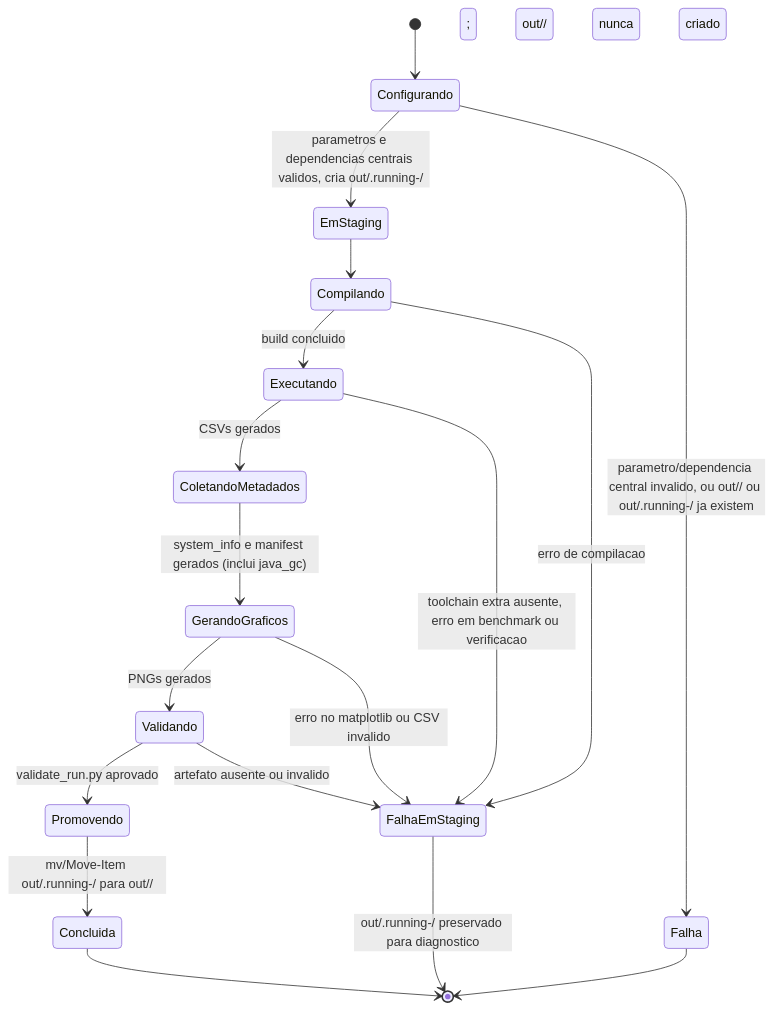
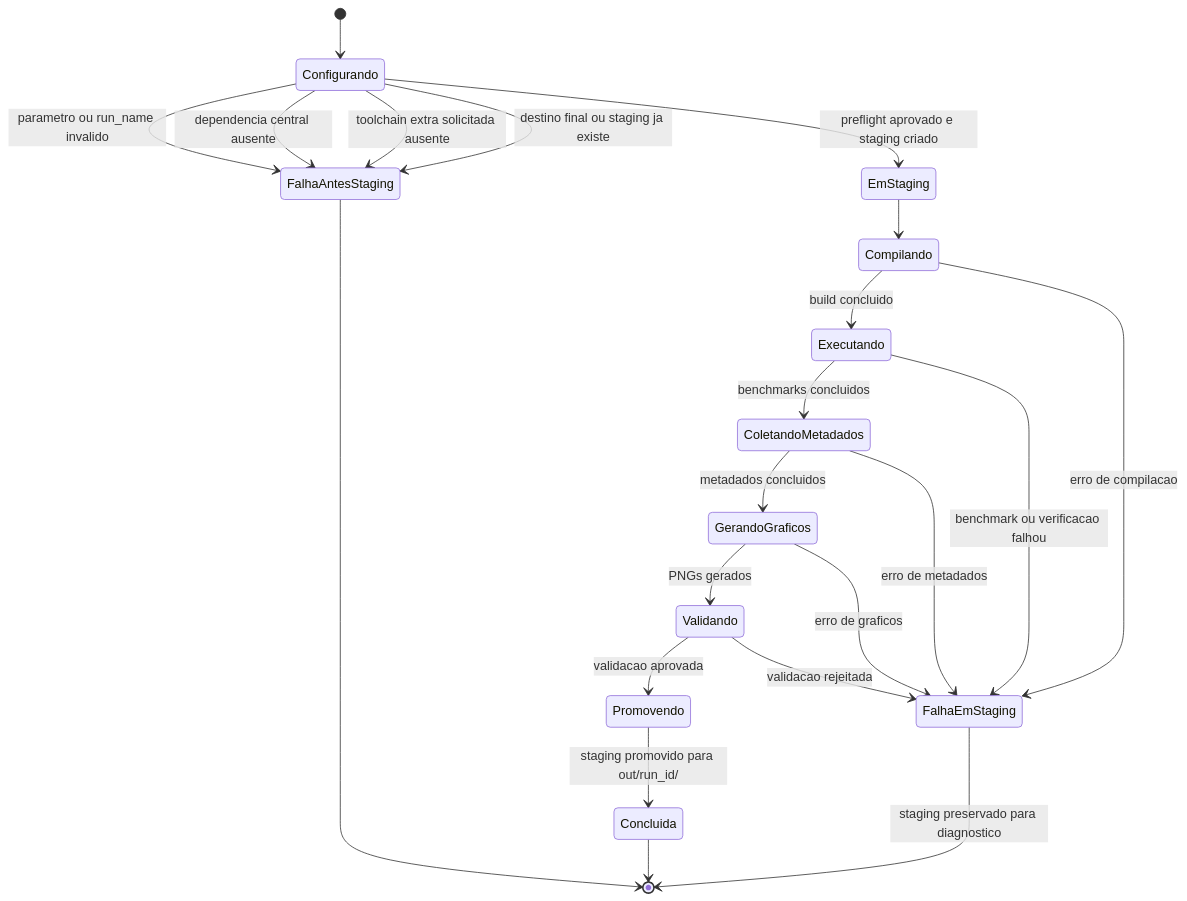
One commit to Lucas-Sperotto/matrix-multiplication-benchmark changed diagram 15 of 16 in docs/DIAGRAMS.md. Above: the diagram before and after it, drawn with Mermaid. The commit also changed other lines of this file, not shown here.

Commit message:
docs: corrige diagramas Mermaid e atualiza fluxo de preflight

````diff
--- a/docs/DIAGRAMS.md
+++ b/docs/DIAGRAMS.md
@@ -464,20 +483,30 @@
 ```mermaid
 stateDiagram-v2
     [*] --> Configurando
-    Configurando --> EmStaging: parametros e dependencias centrais validos, cria out/.running-<run_id>/
-    Configurando --> Falha: parametro/dependencia central invalido, ou out/<run_id>/ ou out/.running-<run_id>/ ja existem
+    Configurando --> FalhaAntesStaging: parametro ou run_name invalido
+    Configurando --> FalhaAntesStaging: dependencia central ausente
+    Configurando --> FalhaAntesStaging: toolchain extra solicitada ausente
+    Configurando --> FalhaAntesStaging: destino final ou staging ja existe
+    Configurando --> EmStaging: preflight aprovado e staging criado
+
     EmStaging --> Compilando
     Compilando --> Executando: build concluido
     Compilando --> FalhaEmStaging: erro de compilacao
-    Executando --> ColetandoMetadados: CSVs gerados
-    Executando --> FalhaEmStaging: toolchain extra ausente, erro em benchmark ou verificacao
-    ColetandoMetadados --> GerandoGraficos: system_info e manifest gerados (inclui java_gc)
+
+    Executando --> ColetandoMetadados: benchmarks concluidos
+    Executando --> FalhaEmStaging: benchmark ou verificacao falhou
+
+    ColetandoMetadados --> GerandoGraficos: metadados concluidos
+    ColetandoMetadados --> FalhaEmStaging: erro de metadados
+
     GerandoGraficos --> Validando: PNGs gerados
-    GerandoGraficos --> FalhaEmStaging: erro no matplotlib ou CSV invalido
-    Validando --> Promovendo: validate_run.py aprovado
-    Validando --> FalhaEmStaging: artefato ausente ou invalido
-    Promovendo --> Concluida: mv/Move-Item out/.running-<run_id>/ para out/<run_id>/
+    GerandoGraficos --> FalhaEmStaging: erro de graficos
+
+    Validando --> Promovendo: validacao aprovada
+    Validando --> FalhaEmStaging: validacao rejeitada
+
+    Promovendo --> Concluida: staging promovido para out/run_id/
     Concluida --> [*]
-    FalhaEmStaging --> [*]: out/.running-<run_id>/ preservado para diagnostico; out/<run_id>/ nunca criado
-    Falha --> [*]
+    FalhaEmStaging --> [*]: staging preservado para diagnostico
+    FalhaAntesStaging --> [*]
 ```
````
